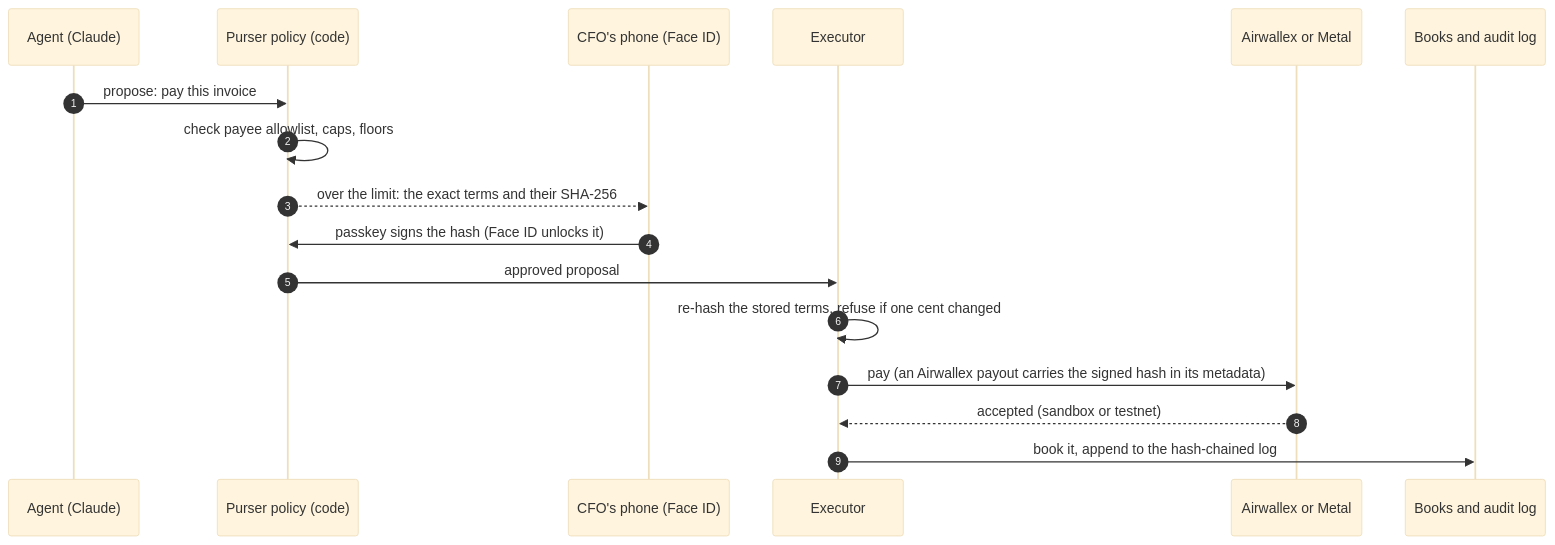
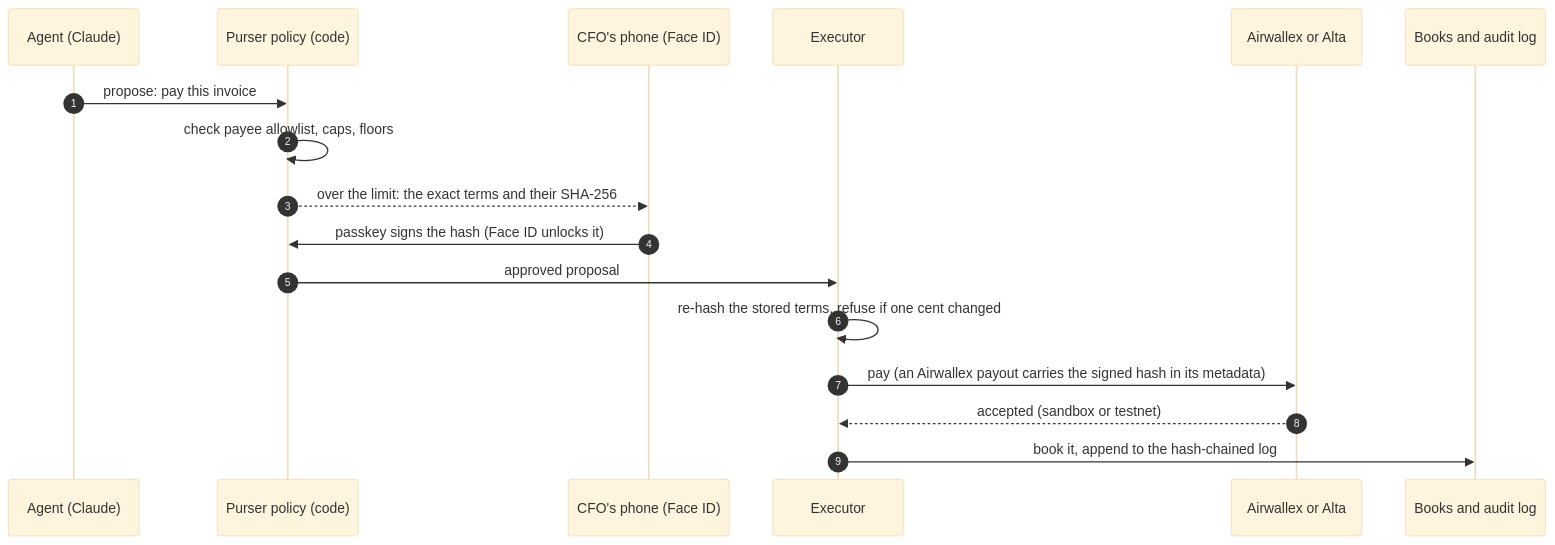
Before and after one commit to agamemnon-coder/x402-business-agents: the third of 5 diagrams in docs/diagrams.md, drawn with Mermaid (base theme). The commit also changed other lines of this file and 270 other files, not shown here.

First line of the commit message:
Metal is now Alta: the site, Cloud, README and form say Alta; /alta serves /metal's page (#314)

````diff
--- a/docs/diagrams.md
+++ b/docs/diagrams.md
@@ -58,19 +58,19 @@
 ```mermaid
 sequenceDiagram
   autonumber
   participant Ag as Agent (Claude)
   participant Po as Purser policy (code)
   participant CFO as CFO's phone (Face ID)
   participant Ex as Executor
-  participant Rail as Airwallex or Metal
+  participant Rail as Airwallex or Alta
   participant Bk as Books and audit log
   Ag->>Po: propose: pay this invoice
   Po->>Po: check payee allowlist, caps, floors
   Po-->>CFO: over the limit: the exact terms and their SHA-256
   CFO->>Po: passkey signs the hash (Face ID unlocks it)
   Po->>Ex: approved proposal
   Ex->>Ex: re-hash the stored terms, refuse if one cent changed
   Ex->>Rail: pay (an Airwallex payout carries the signed hash in its metadata)
   Rail-->>Ex: accepted (sandbox or testnet)
   Ex->>Bk: book it, append to the hash-chained log
 ```
````
